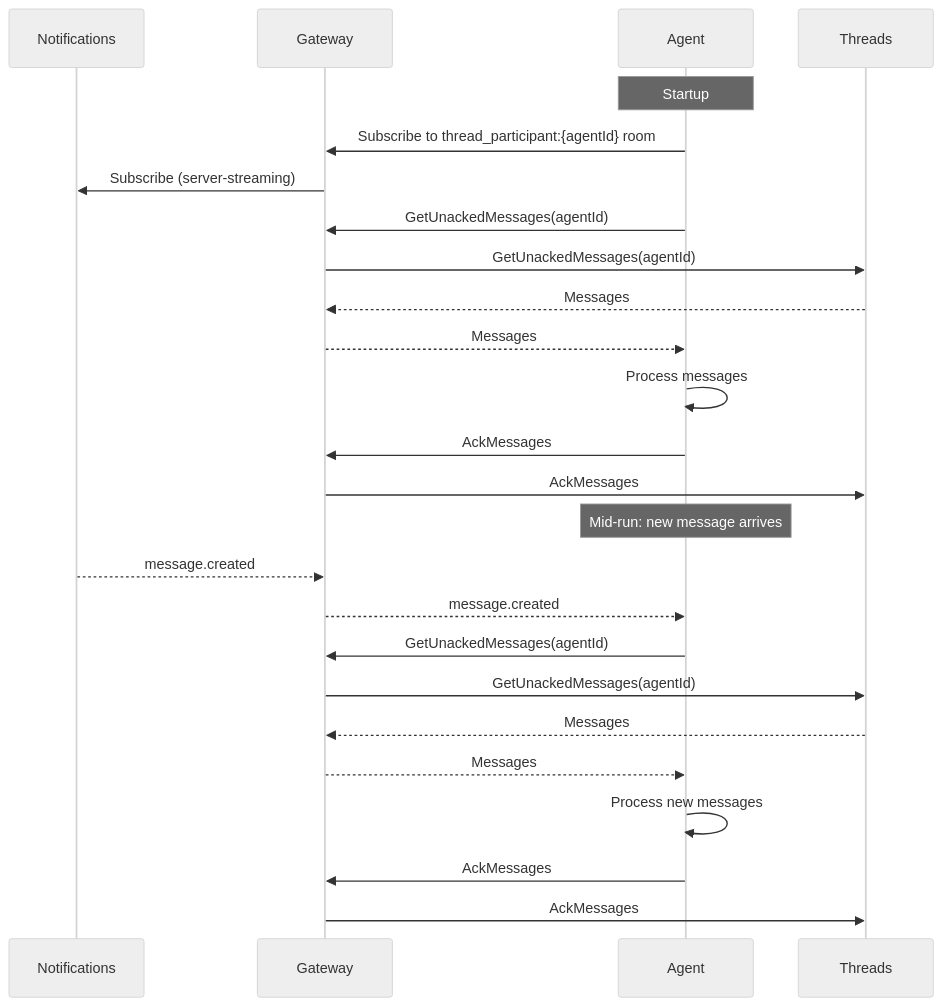
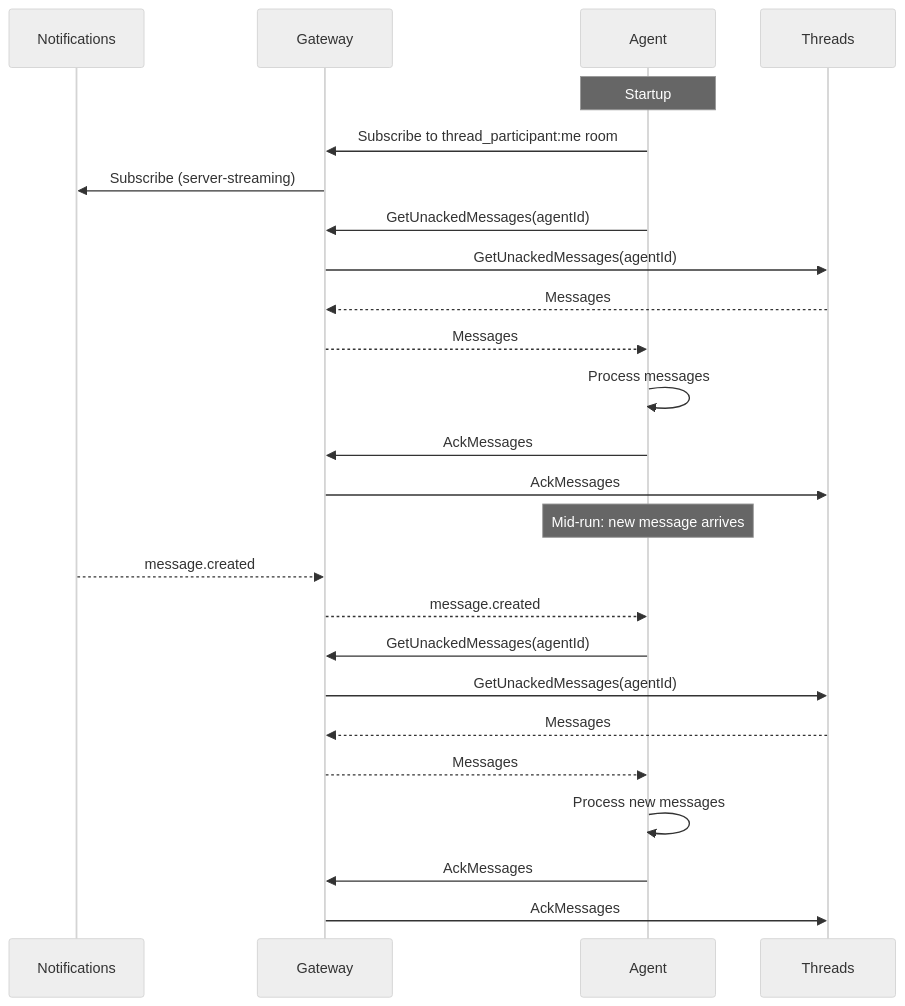
Before and after one commit to agynio/architecture: the second of 4 diagrams in architecture/agent/overview.md, drawn with Mermaid (neutral theme). The commit also changed other lines of this file and 5 other files, not shown here.

````diff
--- a/architecture/agent/overview.md
+++ b/architecture/agent/overview.md
@@ -54,29 +54,29 @@
 ```mermaid
 sequenceDiagram
     participant N as Notifications
     participant GW as Gateway
     participant A as Agent
     participant T as Threads
 
     Note over A: Startup
-    A->>GW: Subscribe to thread_participant:{agentId} room
+    A->>GW: Subscribe to thread_participant:me room
     GW->>N: Subscribe (server-streaming)
     A->>GW: GetUnackedMessages(agentId)
     GW->>T: GetUnackedMessages(agentId)
     T-->>GW: Messages
     GW-->>A: Messages
     A->>A: Process messages
     A->>GW: AckMessages
     GW->>T: AckMessages
 
     Note over A: Mid-run: new message arrives
     N-->>GW: message.created
     GW-->>A: message.created
     A->>GW: GetUnackedMessages(agentId)
     GW->>T: GetUnackedMessages(agentId)
     T-->>GW: Messages
     GW-->>A: Messages
     A->>A: Process new messages
     A->>GW: AckMessages
     GW->>T: AckMessages
 ```
````
